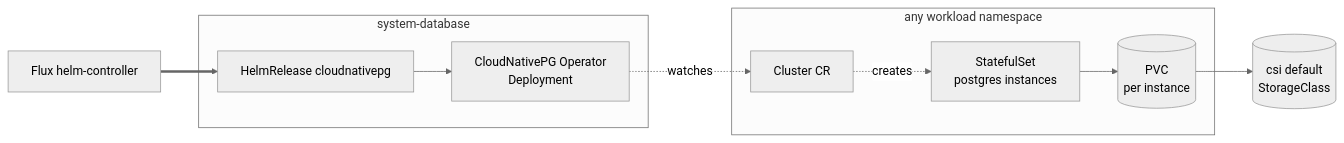
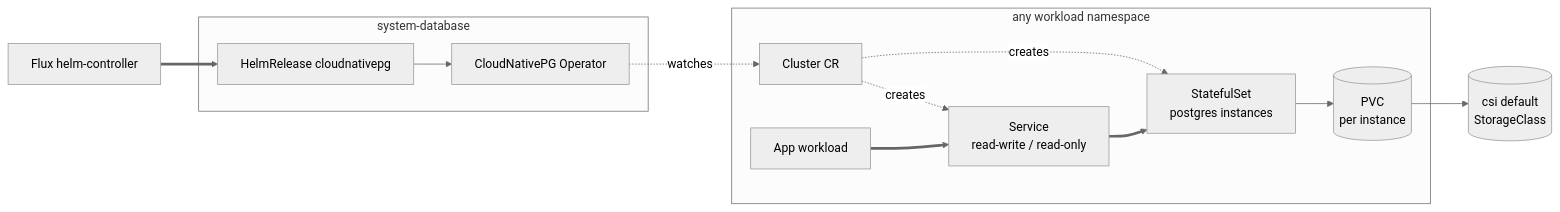
Before and after one commit to windsorcli/core: the diagram in kustomize/database/README.md, drawn with Mermaid (neutral theme). The commit also changed 1 other file, not shown here.

Commit message:
docs: update architecture diagrams in database and policy README files

````diff
--- a/kustomize/database/README.md
+++ b/kustomize/database/README.md
@@ -19,24 +19,25 @@
 ```mermaid
 flowchart LR
   flux[Flux helm-controller]
 
   subgraph systemdb[system-database]
     operator_hr[HelmRelease cloudnativepg]
-    operator_pod[CloudNativePG Operator<br/>Deployment]
+    operator_pod[CloudNativePG Operator]
   end
 
   subgraph anyns[any workload namespace]
+    app[App workload]
+    svc[Service<br/>read-write / read-only]
     cluster_cr[Cluster CR]
     sts[StatefulSet<br/>postgres instances]
     pvc[(PVC<br/>per instance)]
   end
 
   csi[(csi default<br/>StorageClass)]
 
-  flux ==> operator_hr
-  operator_hr --> operator_pod
+  flux ==> operator_hr --> operator_pod
   operator_pod -.watches.-> cluster_cr
-  cluster_cr -.creates.-> sts
-  sts --> pvc
-  pvc --> csi
+  cluster_cr -.creates.-> sts & svc
+  sts --> pvc --> csi
+  app ==> svc ==> sts
 ```
````
